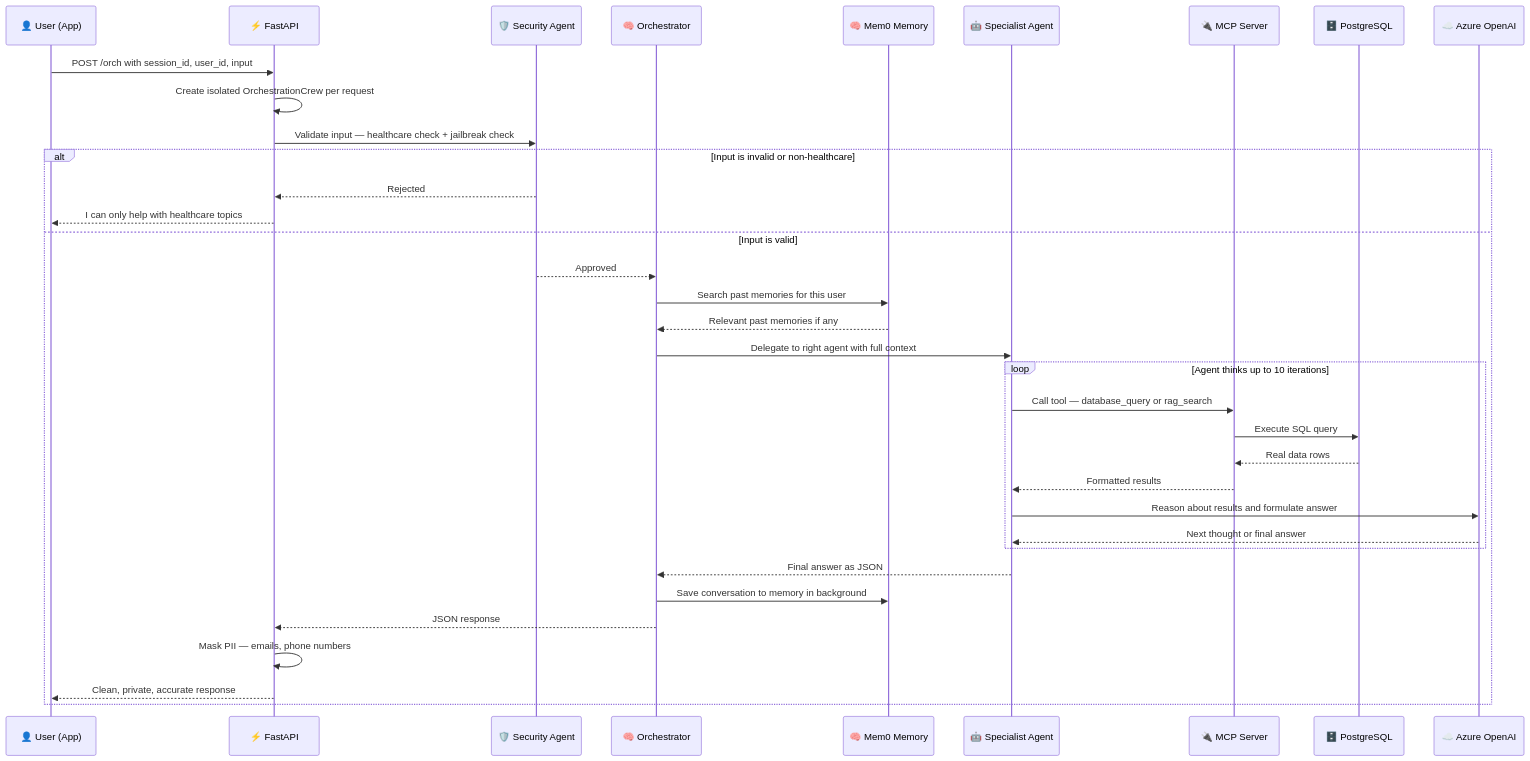
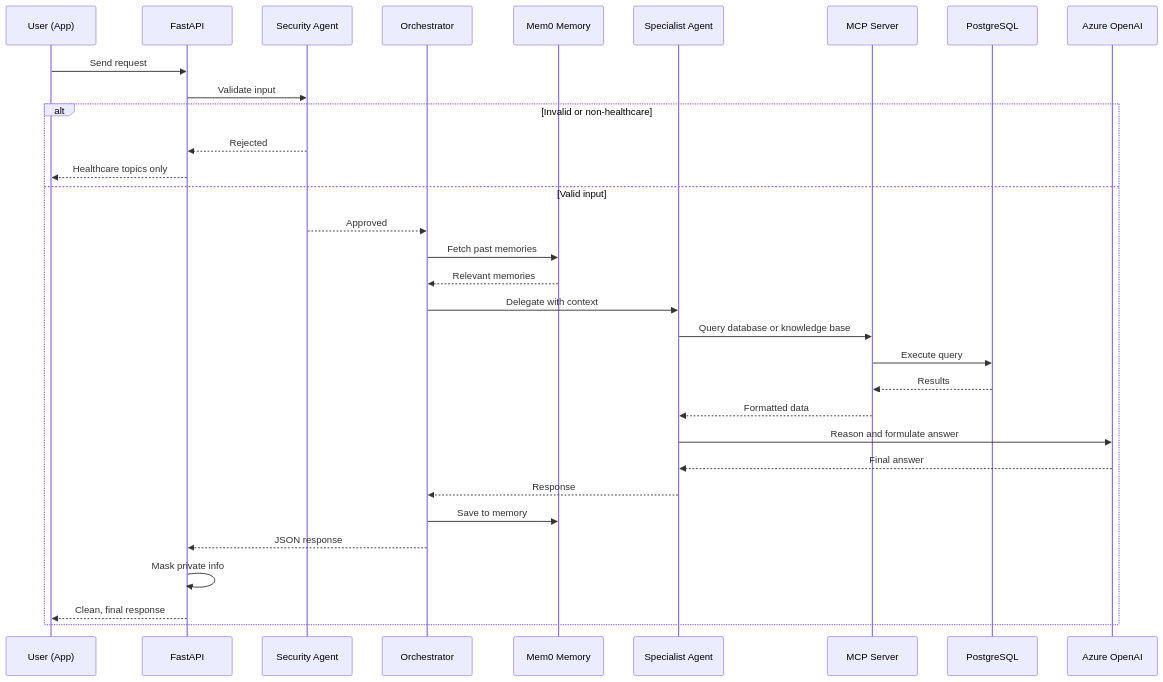
The second of 16 diagrams in README.md (harshbhaskerwar/markdown-tests), drawn with Mermaid before and after one commit. The commit also changed other lines of this file, not shown here.

````diff
--- a/README.md
+++ b/README.md
@@ -168,41 +161,36 @@
 ```mermaid
 sequenceDiagram
-    participant U as 👤 User (App)
-    participant API as ⚡ FastAPI
-    participant SEC as 🛡️ Security Agent
-    participant ORCH as 🧠 Orchestrator
-    participant MEM as 🧠 Mem0 Memory
-    participant SPEC as 🤖 Specialist Agent
-    participant MCP as 🔌 MCP Server
-    participant DB as 🗄️ PostgreSQL
-    participant AI as ☁️ Azure OpenAI
+    participant U as User (App)
+    participant API as FastAPI
+    participant SEC as Security Agent
+    participant ORCH as Orchestrator
+    participant MEM as Mem0 Memory
+    participant SPEC as Specialist Agent
+    participant MCP as MCP Server
+    participant DB as PostgreSQL
+    participant AI as Azure OpenAI
 
-    U->>API: POST /orch with session_id, user_id, input
-    API->>API: Create isolated OrchestrationCrew per request
-    API->>SEC: Validate input — healthcare check + jailbreak check
+    U->>API: Send request
+    API->>SEC: Validate input
     
-    alt Input is invalid or non-healthcare
+    alt Invalid or non-healthcare
         SEC-->>API: Rejected
-        API-->>U: I can only help with healthcare topics
-    else Input is valid
+        API-->>U: Healthcare topics only
+    else Valid input
         SEC-->>ORCH: Approved
-        ORCH->>MEM: Search past memories for this user
-        MEM-->>ORCH: Relevant past memories if any
-        ORCH->>SPEC: Delegate to right agent with full context
-        
-        loop Agent thinks up to 10 iterations
-            SPEC->>MCP: Call tool — database_query or rag_search
-            MCP->>DB: Execute SQL query
-            DB-->>MCP: Real data rows
-            MCP-->>SPEC: Formatted results
-            SPEC->>AI: Reason about results and formulate answer
-            AI-->>SPEC: Next thought or final answer
-        end
-        
-        SPEC-->>ORCH: Final answer as JSON
-        ORCH->>MEM: Save conversation to memory in background
+        ORCH->>MEM: Fetch past memories
+        MEM-->>ORCH: Relevant memories
+        ORCH->>SPEC: Delegate with context
+        SPEC->>MCP: Query database or knowledge base
+        MCP->>DB: Execute query
+        DB-->>MCP: Results
+        MCP-->>SPEC: Formatted data
+        SPEC->>AI: Reason and formulate answer
+        AI-->>SPEC: Final answer
+        SPEC-->>ORCH: Response
+        ORCH->>MEM: Save to memory
         ORCH-->>API: JSON response
-        API->>API: Mask PII — emails, phone numbers
-        API-->>U: Clean, private, accurate response
+        API->>API: Mask private info
+        API-->>U: Clean, final response
     end
 ```
````
